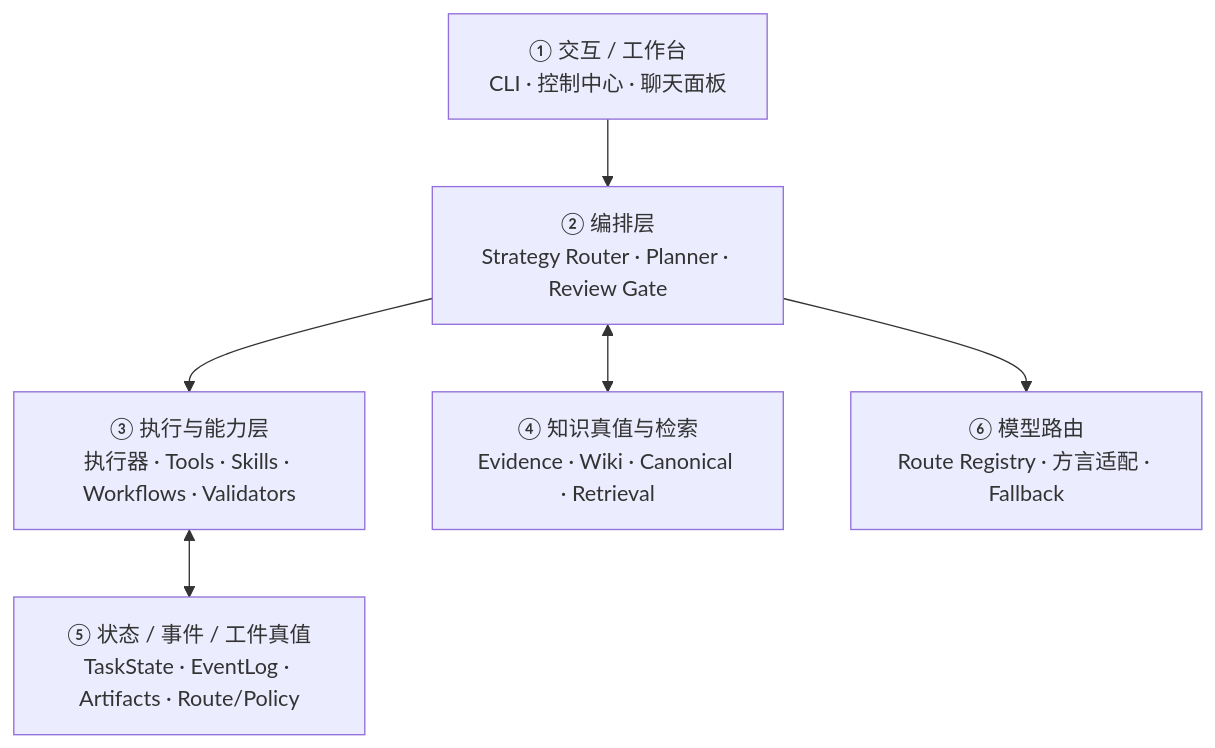
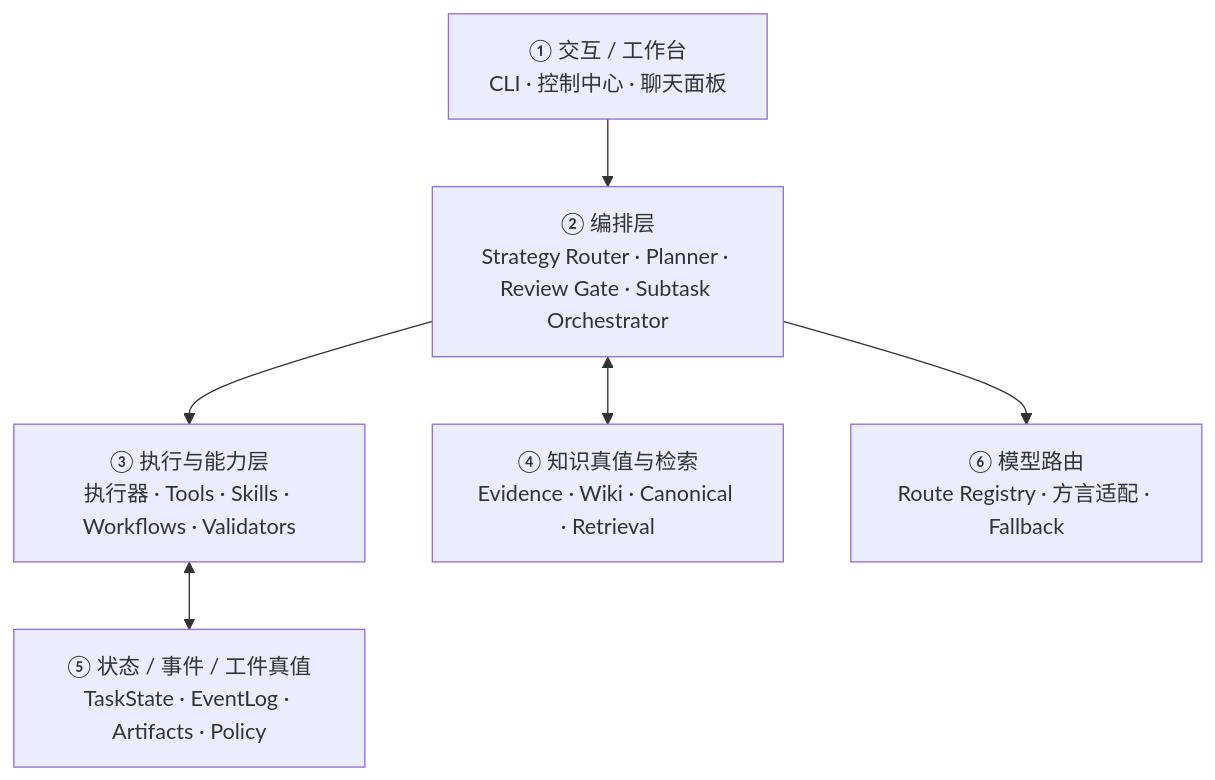
The second of 2 diagrams in README.md (RocioGinsberg/swallow), drawn with Mermaid before and after one commit. The commit also changed other lines of this file and 6 other files, not shown here.

````diff
--- a/README.md
+++ b/README.md
@@ -152,15 +190,15 @@
 ```mermaid
 graph TD
     UI["① 交互 / 工作台<br/>CLI · 控制中心 · 聊天面板"]
-    ORCH["② 编排层<br/>Strategy Router · Planner · Review Gate"]
+    ORCH["② 编排层<br/>Strategy Router · Planner · Review Gate · Subtask Orchestrator"]
     EXEC["③ 执行与能力层<br/>执行器 · Tools · Skills · Workflows · Validators"]
     KNOW["④ 知识真值与检索<br/>Evidence · Wiki · Canonical · Retrieval"]
-    STATE["⑤ 状态 / 事件 / 工件真值<br/>TaskState · EventLog · Artifacts · Route/Policy"]
+    STATE["⑤ 状态 / 事件 / 工件真值<br/>TaskState · EventLog · Artifacts · Policy"]
     PROVIDER["⑥ 模型路由<br/>Route Registry · 方言适配 · Fallback"]
 
     UI --> ORCH
     ORCH --> EXEC
     ORCH <--> KNOW
     EXEC <--> STATE
     ORCH --> PROVIDER
 ```
````
